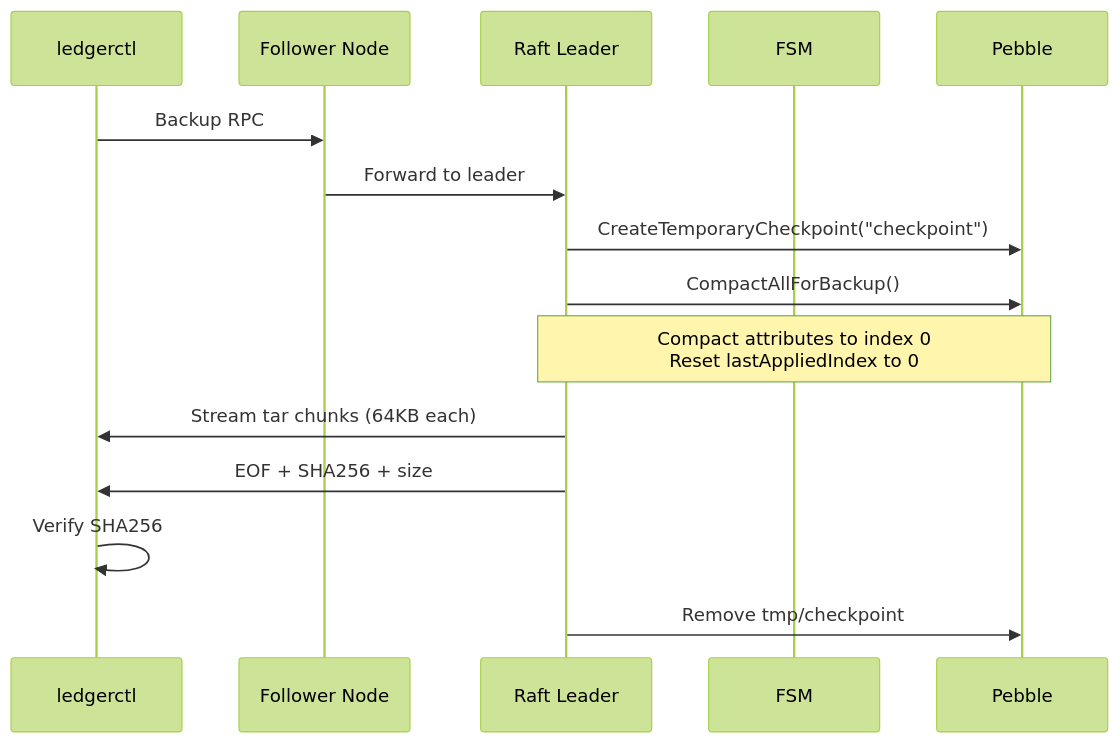
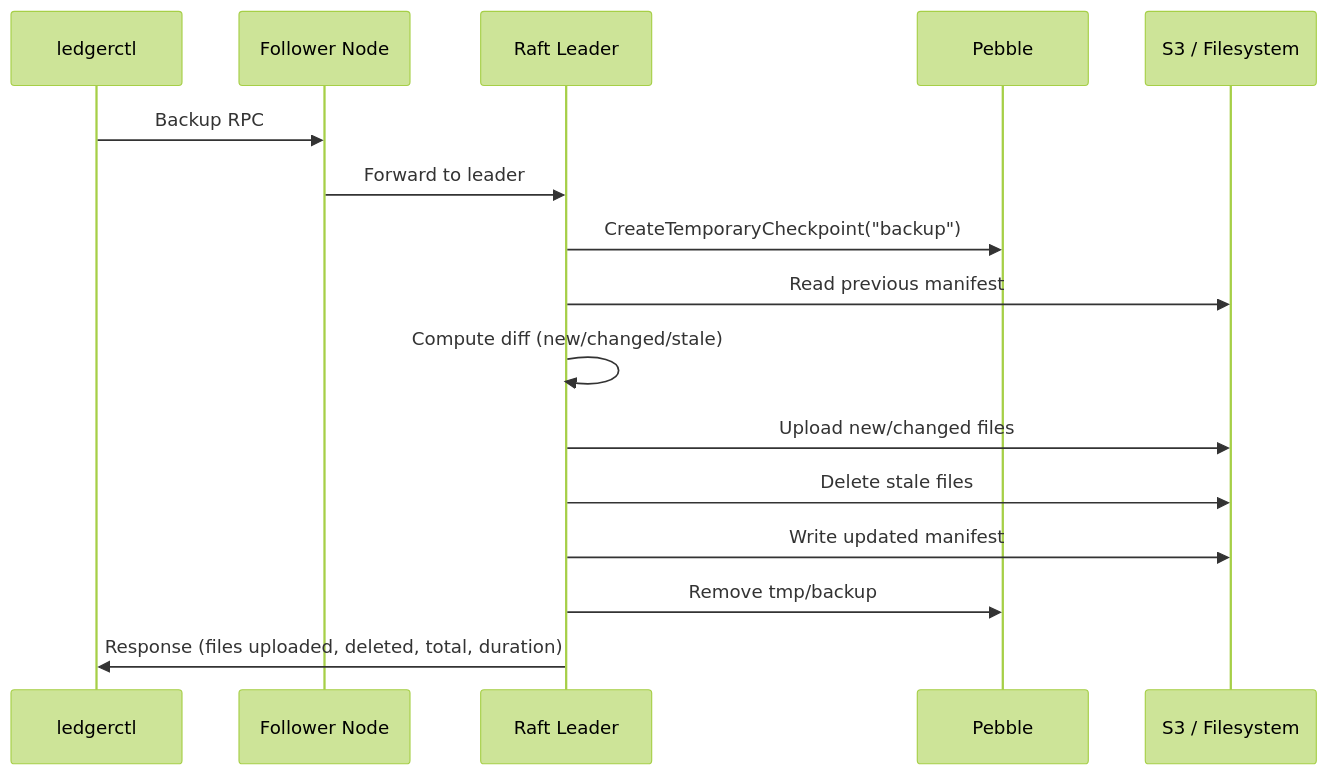
The diagram in docs/ops/backup-restore.md (formancehq/ledger), drawn with Mermaid (forest theme) before and after one commit. The commit also changed other lines of this file and 22 other files, not shown here.

First line of the commit message:
refactor(backup): remove streaming tar Backup RPC, keep only S3-based Backup

````diff
--- a/docs/ops/backup-restore.md
+++ b/docs/ops/backup-restore.md
@@ -113,22 +119,21 @@
 ```mermaid
 sequenceDiagram
     participant Client as ledgerctl
     participant Follower as Follower Node
     participant Leader as Raft Leader
-    participant FSM
     participant Pebble
+    participant Storage as S3 / Filesystem
 
     Client->>Follower: Backup RPC
     Follower->>Leader: Forward to leader
 
-    Leader->>Pebble: CreateTemporaryCheckpoint("checkpoint")
+    Leader->>Pebble: CreateTemporaryCheckpoint("backup")
+    Leader->>Storage: Read previous manifest
+    Leader->>Leader: Compute diff (new/changed/stale)
+    Leader->>Storage: Upload new/changed files
+    Leader->>Storage: Delete stale files
+    Leader->>Storage: Write updated manifest
+    Leader->>Pebble: Remove tmp/backup
 
-    Leader->>Pebble: CompactAllForBackup()
-    Note over Leader,Pebble: Compact attributes to index 0<br/>Reset lastAppliedIndex to 0
-
-    Leader->>Client: Stream tar chunks (64KB each)
-    Leader->>Client: EOF + SHA256 + size
-
-    Client->>Client: Verify SHA256
-    Leader->>Pebble: Remove tmp/checkpoint
+    Leader->>Client: Response (files uploaded, deleted, total, duration)
 ```
````
